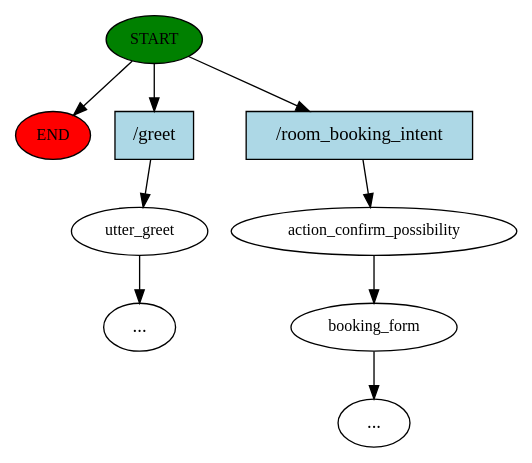
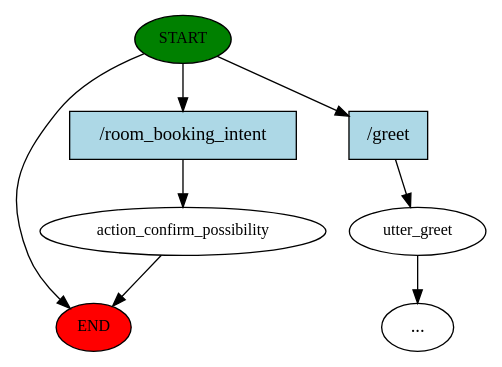
The diagram in story_graph.dot (pphildan/RASA_chatgpt), drawn with Graphviz before and after one commit. The commit also changed 6 other files, not shown here.

```diff
--- a/story_graph.dot
+++ b/story_graph.dot
@@ -1,19 +1,16 @@
 digraph  {
 0 [class="start active", fillcolor=green, fontsize=12, label=START, style=filled];
 "-1" [class=end, fillcolor=red, fontsize=12, label=END, style=filled];
 1 [class="", fontsize=12, label=utter_greet];
-"-3" [class=ellipsis, label="..."];
 2 [class="active dashed", fontsize=12, label=action_confirm_possibility];
-3 [class="", fontsize=12, label=booking_form];
-"-8" [class=ellipsis, label="..."];
-14 [class=intent, fillcolor=lightblue, label="/greet", shape=rect, style=filled];
-15 [class="intent active", fillcolor=lightblue, label="/room_booking_intent", shape=rect, style=filled];
+"-4" [class=ellipsis, label="..."];
+6 [class=intent, fillcolor=lightblue, label="/greet", shape=rect, style=filled];
+7 [class="intent active", fillcolor=lightblue, label="/room_booking_intent", shape=rect, style=filled];
 0 -> "-1"  [class="", key=NONE, label=""];
-0 -> 14  [class="", key=0];
-0 -> 15  [class=active, key=0];
-1 -> "-3"  [class="", key=NONE, label=""];
-2 -> 3  [class="", key=NONE, label=""];
-3 -> "-8"  [class="", key=NONE, label=""];
-14 -> 1  [class="", key=0];
-15 -> 2  [class=active, key=0];
+0 -> 6  [class="", key=0];
+0 -> 7  [class=active, key=0];
+1 -> "-4"  [class="", key=NONE, label=""];
+2 -> "-1"  [class="", key=NONE, label=""];
+6 -> 1  [class="", key=0];
+7 -> 2  [class=active, key=0];
 }
```
